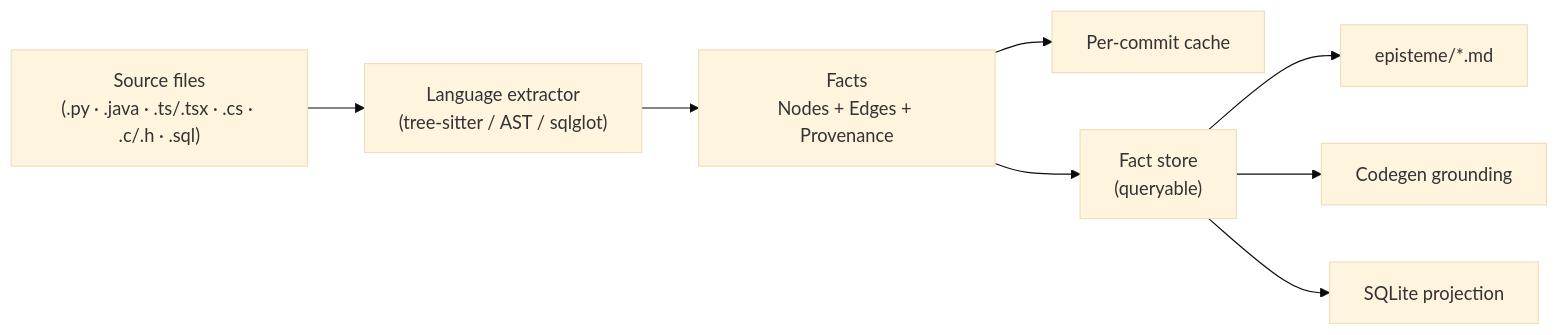
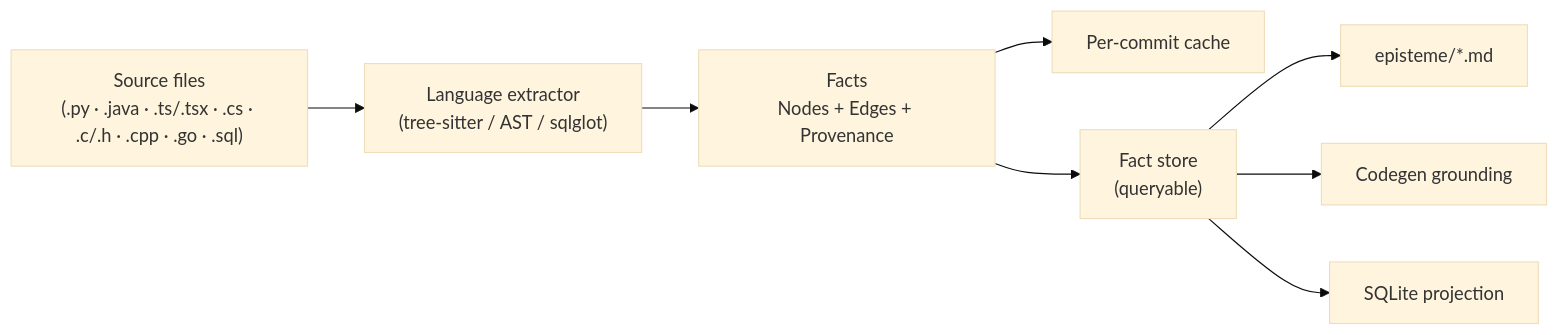
The third of 5 diagrams in KNOWLEDGE_GRAPH.md (synaptixs/spine), drawn with Mermaid (base theme) before and after one commit. The commit also changed other lines of this file and 26 other files, not shown here.

````diff
--- a/KNOWLEDGE_GRAPH.md
+++ b/KNOWLEDGE_GRAPH.md
@@ -117,10 +117,10 @@
 ```mermaid
 flowchart LR
-    src["Source files<br/>(.py · .java · .ts/.tsx · .cs · .c/.h · .sql)"] --> ext["Language extractor<br/>(tree-sitter / AST / sqlglot)"]
+    src["Source files<br/>(.py · .java · .ts/.tsx · .cs · .c/.h · .cpp · .go · .sql)"] --> ext["Language extractor<br/>(tree-sitter / AST / sqlglot)"]
     ext --> facts["Facts<br/>Nodes + Edges + Provenance"]
     facts --> cache["Per-commit cache"]
     facts --> store["Fact store<br/>(queryable)"]
     store --> mb["episteme/*.md"]
     store --> grd["Codegen grounding"]
     store --> db["SQLite projection"]
 ```
````
